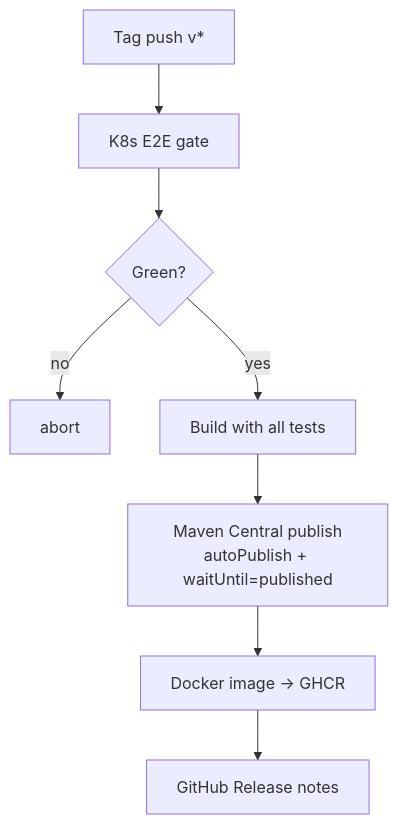
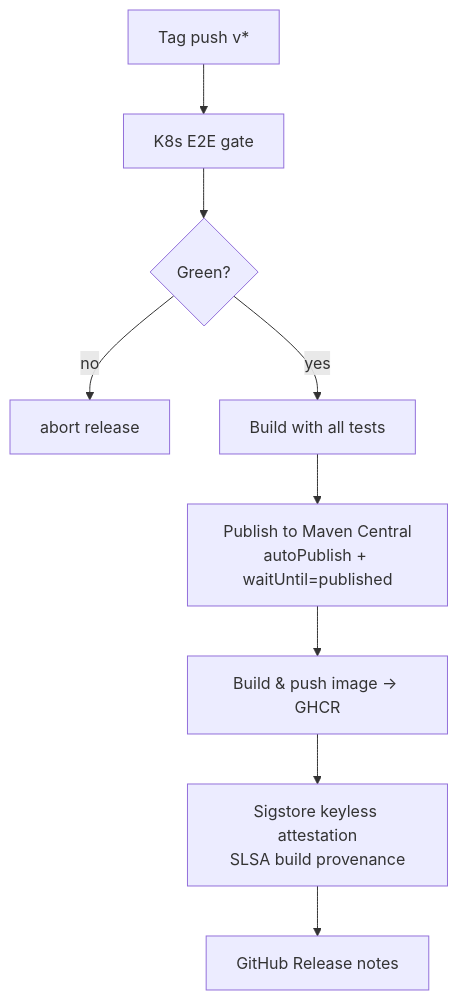
The diagram in docs/release-process.md (kzmlabs/flink-statefun), drawn with Mermaid before and after one commit. The commit also changed other lines of this file and 10 other files, not shown here.

````diff
--- a/docs/release-process.md
+++ b/docs/release-process.md
@@ -25,10 +32,11 @@
 ```mermaid
 flowchart TB
     A[Tag push v*] --> B[K8s E2E gate]
     B --> C{Green?}
-    C -->|no| D[abort]
-    C -->|yes| E[Build with all tests]
-    E --> F[Maven Central publish<br/>autoPublish + waitUntil=published]
-    F --> G[Docker image -> GHCR]
-    G --> H[GitHub Release notes]
+    C -->|no| Abort[abort release]
+    C -->|yes| Build[Build with all tests]
+    Build --> Publish[Publish to Maven Central<br/>autoPublish + waitUntil=published]
+    Publish --> Image[Build &amp; push image -> GHCR]
+    Image --> Attest[Sigstore keyless attestation<br/>SLSA build provenance]
+    Attest --> Release[GitHub Release notes]
 ```
````
